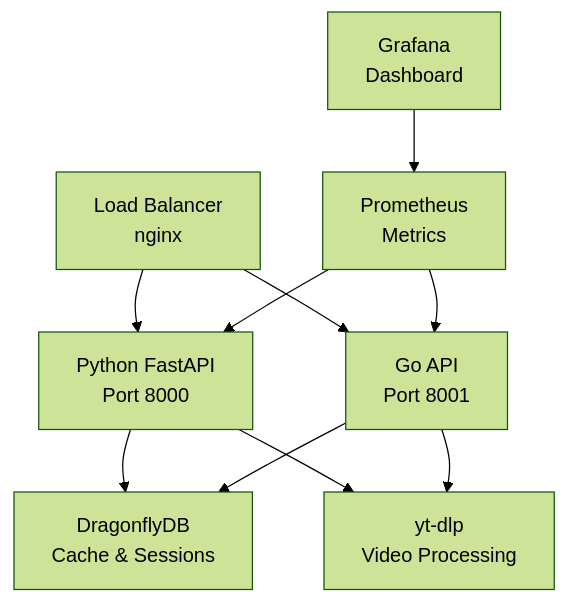
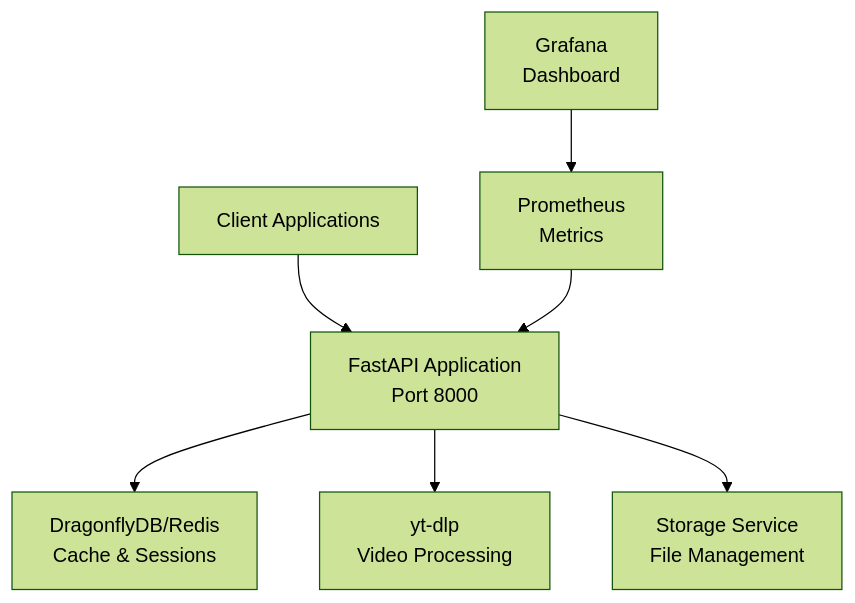
The diagram in README.md (mythic3011/YouTuberBilBiliHelper), drawn with Mermaid (forest theme) before and after one commit. The commit also changed other lines of this file and 4 other files, not shown here.

First line of the commit message:
refactor: finalize Python-only architecture and cleanup

````diff
--- a/README.md
+++ b/README.md
@@ -75,12 +54,9 @@
 ```mermaid
 graph TB
-    A[Load Balancer<br/>nginx] --> B[Python FastAPI<br/>Port 8000]
-    A --> C[Go API<br/>Port 8001]
-    B --> D[DragonflyDB<br/>Cache & Sessions]
-    C --> D
-    B --> E[yt-dlp<br/>Video Processing]
-    C --> E
+    A[Client Applications] --> B[FastAPI Application<br/>Port 8000]
+    B --> C[DragonflyDB/Redis<br/>Cache & Sessions]
+    B --> D[yt-dlp<br/>Video Processing]
+    B --> E[Storage Service<br/>File Management]
     F[Prometheus<br/>Metrics] --> B
-    F --> C
     G[Grafana<br/>Dashboard] --> F
 ```
````
